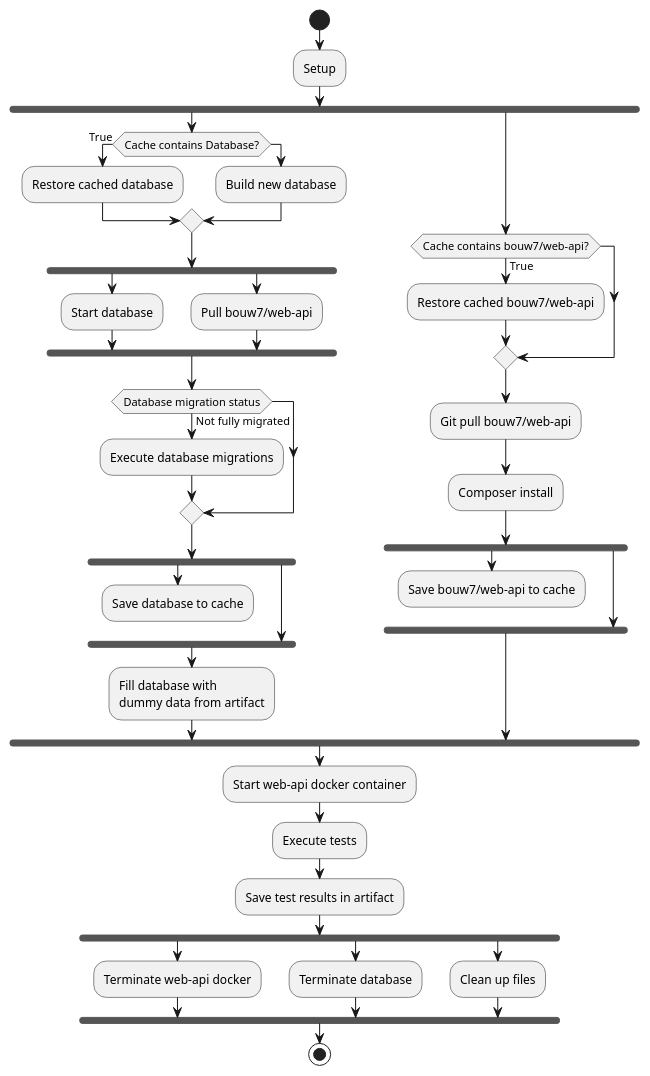
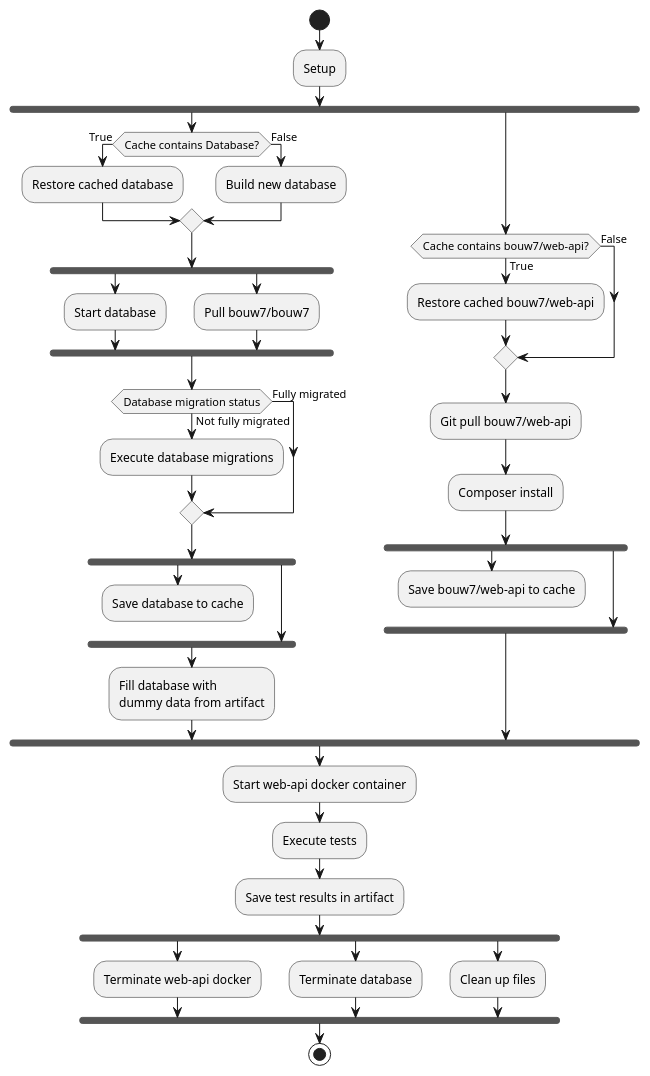
The diagram in Process/WorkflowActivity.plantuml (dannypas00/bouw7-uml), drawn with PlantUML before and after one commit. The commit also changed 8 other files, not shown here.

Commit message:
Updated and fixed some diagrams

```diff
--- a/Process/WorkflowActivity.plantuml
+++ b/Process/WorkflowActivity.plantuml
@@ -1,49 +1,51 @@
 @startuml Functional testing workflow activity diagram
 start
 :Setup;
 fork
     if (Cache contains Database?) then (True)
         :Restore cached database;
-    else 
+    else (False)
         :Build new database;
     endif
     fork
         :Start database;
     fork again
-        :Pull bouw7/web-api;
+        :Pull bouw7/bouw7;
     end fork
     if (Database migration status) then (Not fully migrated)
         :Execute database migrations;
+    else (Fully migrated)
     endif
     fork
         :Save database to cache;
         kill
     fork again
     end fork
     :Fill database with 
     dummy data from artifact;
 fork again
     if (Cache contains bouw7/web-api?) then (True)
         :Restore cached bouw7/web-api;
+    else (False)
     endif
     :Git pull bouw7/web-api;
     :Composer install;
     fork
         :Save bouw7/web-api to cache;
         kill
     fork again
     end fork
     
 end fork
 :Start web-api docker container;
 :Execute tests;
 :Save test results in artifact;
 fork
     :Terminate web-api docker;
 fork again
     :Terminate database;
 fork again
     :Clean up files;
 end fork
 stop
 @enduml
```
